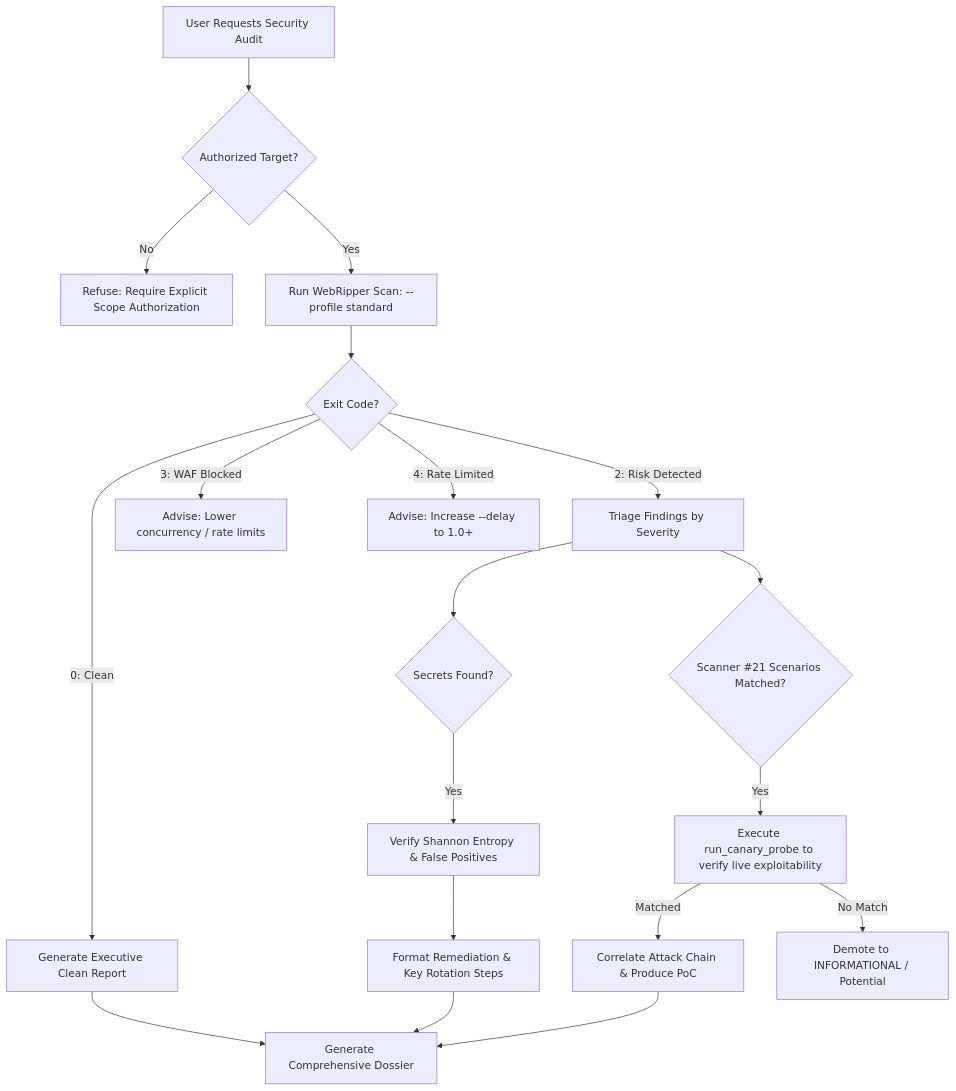
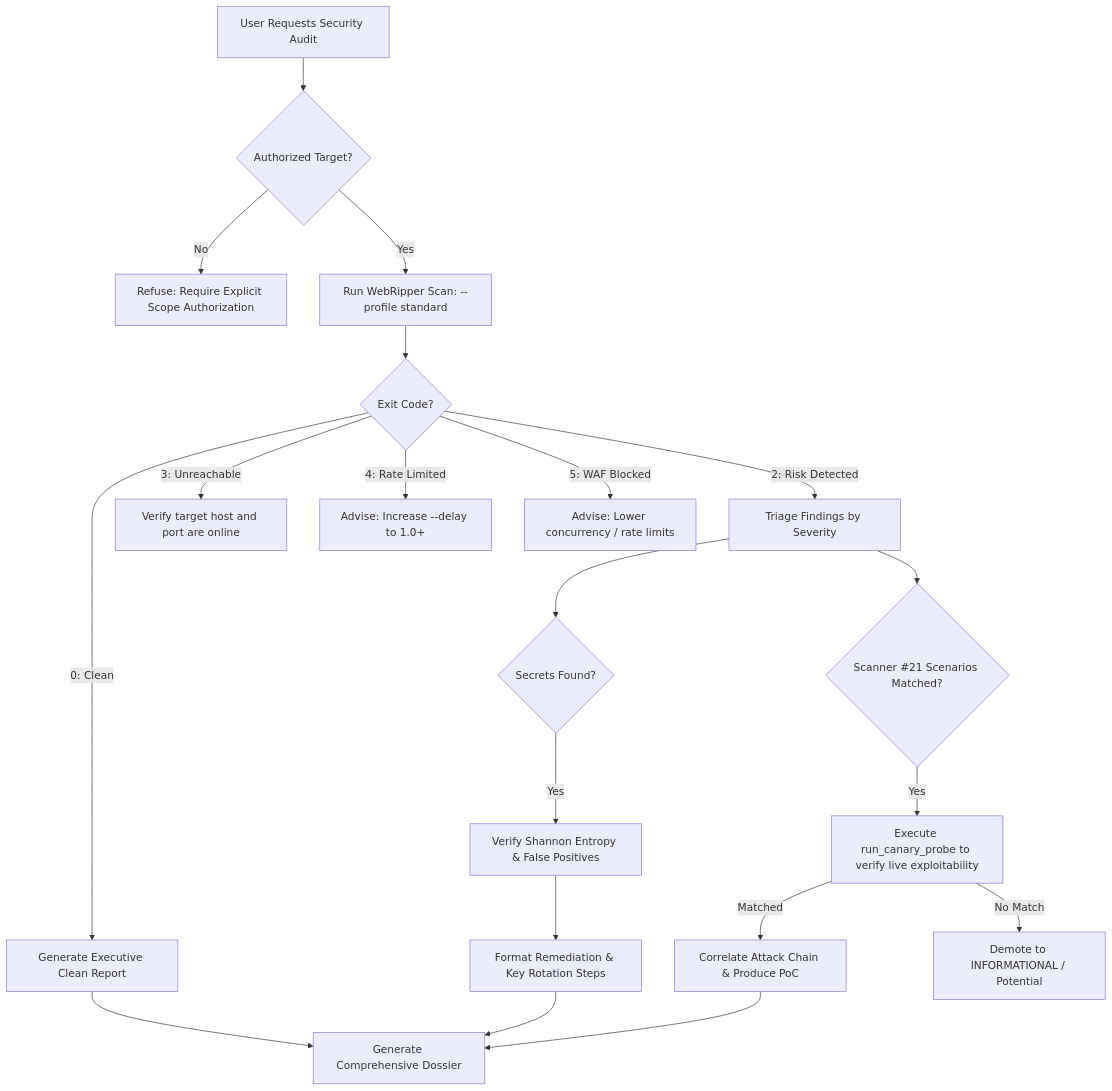
Before and after one commit to Godswillplay/webripper: the diagram in AGENT_GUIDE.md, drawn with Mermaid. The commit also changed 10 other files, not shown here.

Commit message:
fix: resolve B6 dead target unreachable exit code 3, setTimeout DOM sink, and exit code disambiguation

````diff
--- a/AGENT_GUIDE.md
+++ b/AGENT_GUIDE.md
@@ -211,23 +211,24 @@
 ```mermaid
 flowchart TD
     Start[User Requests Security Audit] --> ScopeCheck{Authorized Target?}
     ScopeCheck -->|No| Reject[Refuse: Require Explicit Scope Authorization]
     ScopeCheck -->|Yes| SurfaceScan[Run WebRipper Scan: --profile standard]
     
     SurfaceScan --> ExitCodeCheck{Exit Code?}
     ExitCodeCheck -->|0: Clean| DeliverClean[Generate Executive Clean Report]
-    ExitCodeCheck -->|3: WAF Blocked| SuggestWAF[Advise: Lower concurrency / rate limits]
+    ExitCodeCheck -->|3: Unreachable| CheckTarget[Verify target host and port are online]
     ExitCodeCheck -->|4: Rate Limited| SuggestDelay[Advise: Increase --delay to 1.0+]
+    ExitCodeCheck -->|5: WAF Blocked| SuggestWAF[Advise: Lower concurrency / rate limits]
     ExitCodeCheck -->|2: Risk Detected| Triage[Triage Findings by Severity]
     
     Triage --> SecretsCheck{Secrets Found?}
     SecretsCheck -->|Yes| VerifyEntropy[Verify Shannon Entropy & False Positives]
     VerifyEntropy --> DiscloseSecret[Format Remediation & Key Rotation Steps]
     
     Triage --> ScenarioCheck{Scanner #21 Scenarios Matched?}
     ScenarioCheck -->|Yes| CanaryVerify[Execute run_canary_probe to verify live exploitability]
     CanaryVerify -->|Matched| FlagCritical[Correlate Attack Chain & Produce PoC]
     CanaryVerify -->|No Match| DemoteFinding[Demote to INFORMATIONAL / Potential]
 
     FlagCritical & DiscloseSecret & DeliverClean --> FinalReport[Generate Comprehensive Dossier]
 ```
````
